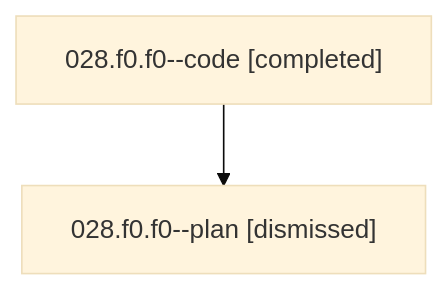
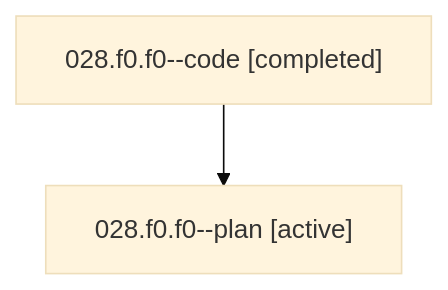
Before and after one commit to bobs-org/bob-cli--agents: the diagram in families/bbugyi200.athena.028.f0.f0.md, drawn with Mermaid (base theme). The commit also changed other lines of this file and 1279 other files, not shown here.

````diff
--- a/families/bbugyi200.athena.028.f0.f0.md
+++ b/families/bbugyi200.athena.028.f0.f0.md
@@ -9,6 +9,6 @@
 ```mermaid
 flowchart TD
   n0["028.f0.f0--code [completed]"]
-  n1["028.f0.f0--plan [dismissed]"]
+  n1["028.f0.f0--plan [active]"]
   n0 --> n1
 ```
````
